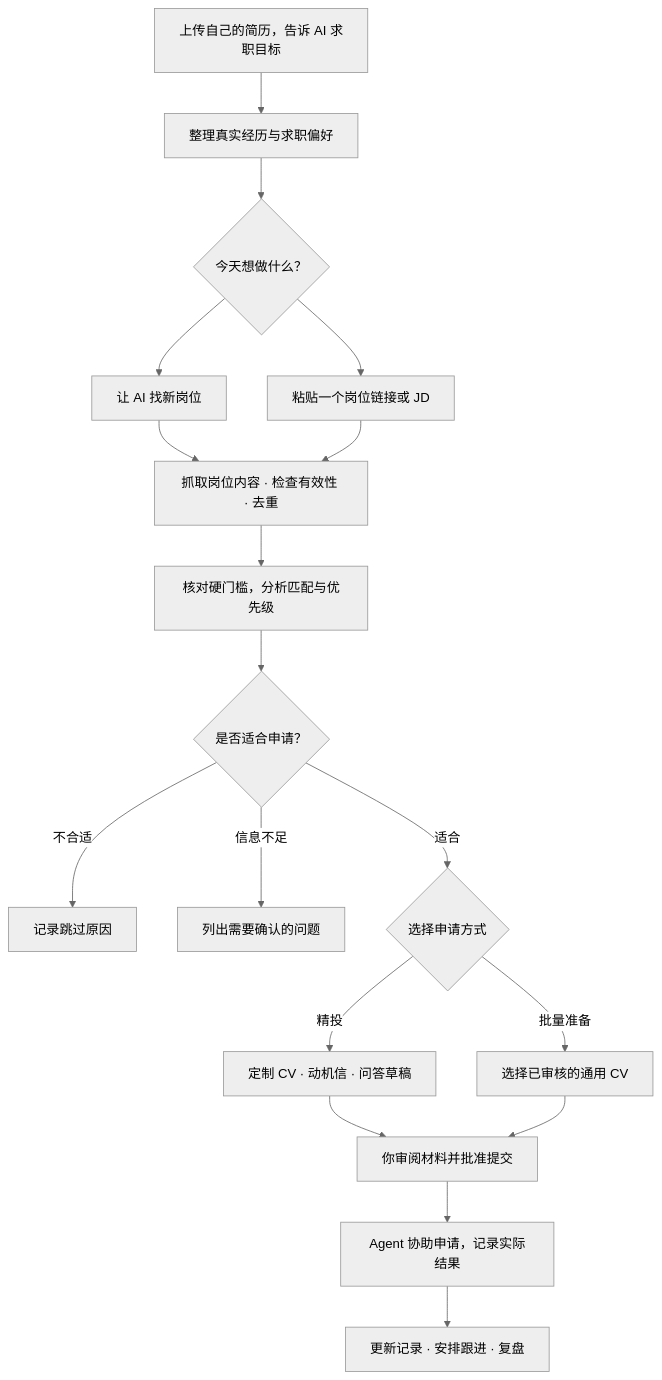
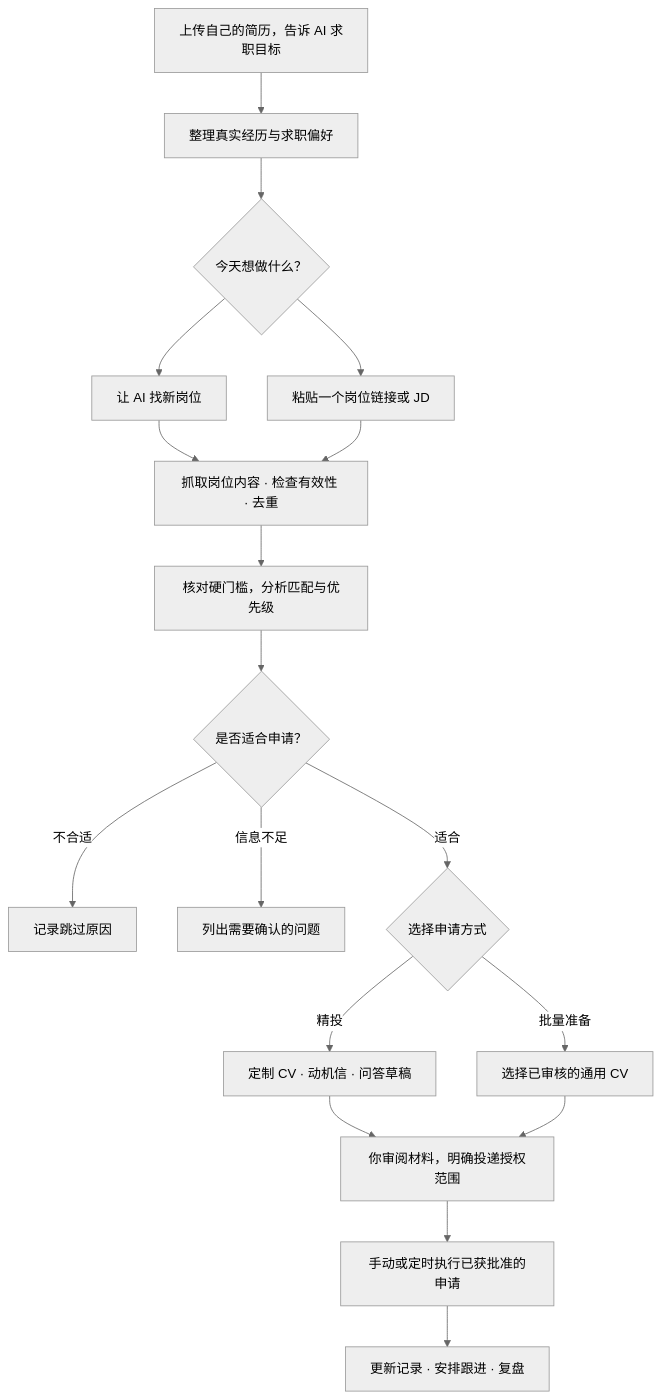
One commit to ziyuan-404/Useless-LinkedIn changed the diagram in README.md. Above: the diagram before and after it, drawn with Mermaid (neutral theme). The commit also changed other lines of this file and 1 other file, not shown here.

````diff
--- a/README.md
+++ b/README.md
@@ -45,20 +45,20 @@
 ```mermaid
 flowchart TD
     A[上传自己的简历，告诉 AI 求职目标] --> B[整理真实经历与求职偏好]
     B --> C{今天想做什么？}
     C --> D[让 AI 找新岗位]
     C --> E[粘贴一个岗位链接或 JD]
     D --> F[抓取岗位内容 · 检查有效性 · 去重]
     E --> F
     F --> G[核对硬门槛，分析匹配与优先级]
     G --> H{是否适合申请？}
     H -->|不合适| I[记录跳过原因]
     H -->|信息不足| J[列出需要确认的问题]
     H -->|适合| K{选择申请方式}
     K -->|精投| L[定制 CV · 动机信 · 问答草稿]
     K -->|批量准备| M[选择已审核的通用 CV]
-    L --> N[你审阅材料并批准提交]
+    L --> N[你审阅材料，明确投递授权范围]
     M --> N
-    N --> O[Agent 协助申请，记录实际结果]
+    N --> O[手动或定时执行已获批准的申请]
     O --> P[更新记录 · 安排跟进 · 复盘]
 ```
````
